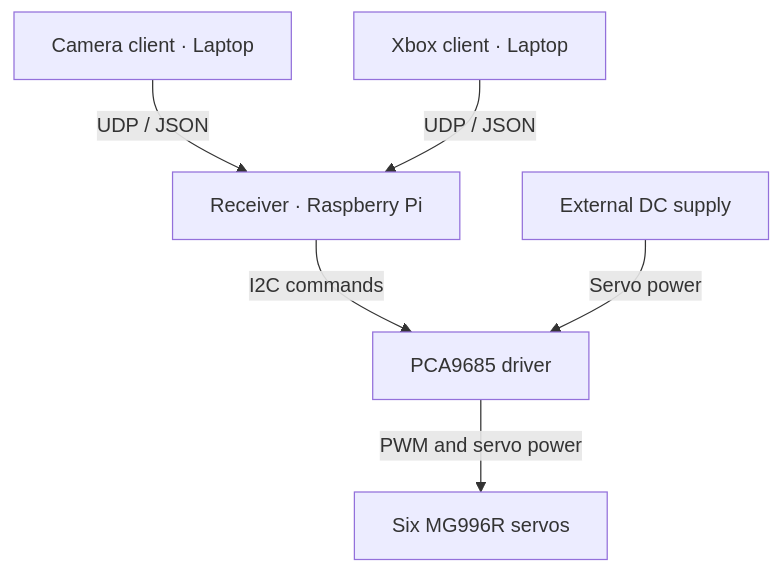
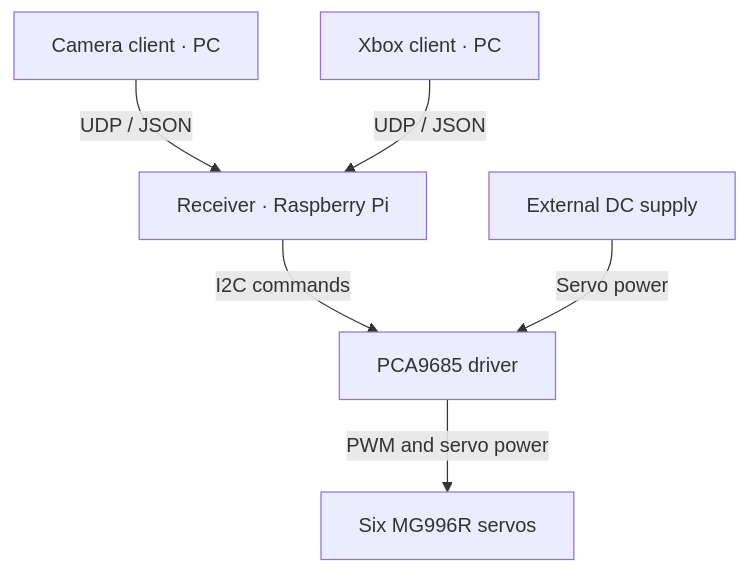
One commit to Rayner305/Robot_Arm changed the diagram in README.md. Above: the diagram before and after it, drawn with Mermaid. The commit also changed other lines of this file, not shown here.

Commit message:
Update README to replace 'laptop' with 'PC'

````diff
--- a/README.md
+++ b/README.md
@@ -43,8 +43,8 @@
 ```mermaid
 flowchart TD
-    H["Camera client · Laptop"] -->|UDP / JSON| R["Receiver · Raspberry Pi"]
-    X["Xbox client · Laptop"] -->|UDP / JSON| R
+    H["Camera client · PC"] -->|UDP / JSON| R["Receiver · Raspberry Pi"]
+    X["Xbox client · PC"] -->|UDP / JSON| R
     R -->|I2C commands| D["PCA9685 driver"]
     P["External DC supply"] -->|Servo power| D
     D -->|PWM and servo power| M["Six MG996R servos"]
 ```
````
